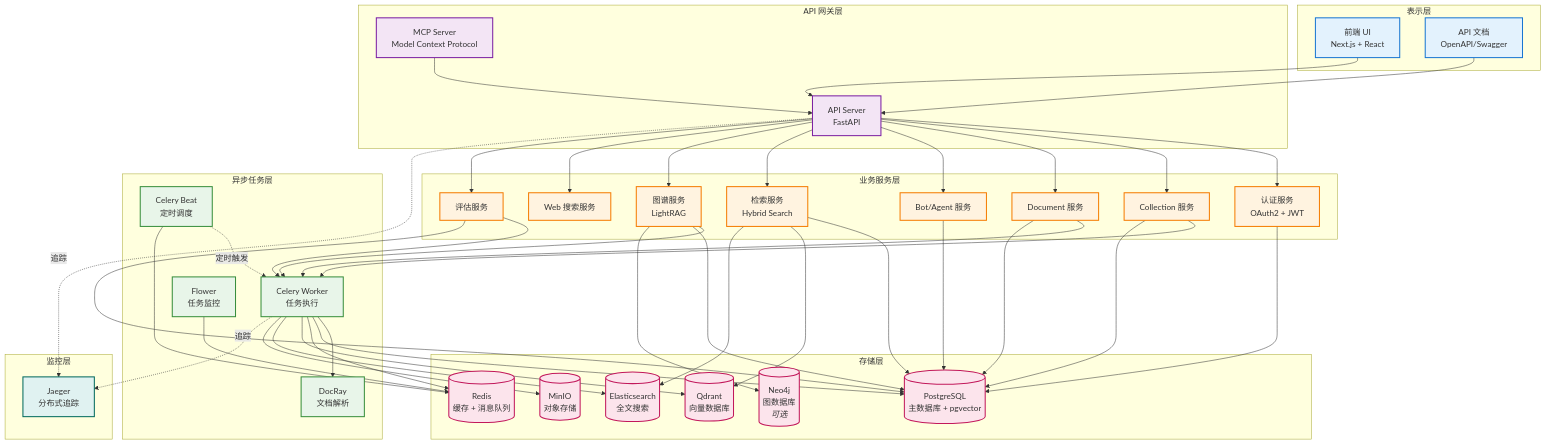
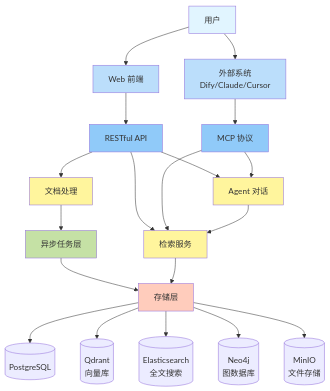
Before and after one commit to ruah0807/ApeRAG: the first of 13 diagrams in docs/zh-CN/design/architecture.md, drawn with Mermaid. The commit also changed other lines of this file and 5 other files, not shown here.

Commit message:
feat: update architecture docs (#1431)

````diff
--- a/docs/zh-CN/design/architecture.md
+++ b/docs/zh-CN/design/architecture.md
@@ -20,101 +31,37 @@
 ```mermaid
 graph TB
-    subgraph "表示层"
-        UI[前端 UI<br/>Next.js + React]
-        API_DOCS[API 文档<br/>OpenAPI/Swagger]
-    end
+    User[用户] --> Frontend[Web 前端]
+    User --> External[外部系统<br/>Dify/Claude/Cursor]
     
-    subgraph "API 网关层"
-        API[API Server<br/>FastAPI]
-        MCP[MCP Server<br/>Model Context Protocol]
-    end
+    Frontend --> API[RESTful API]
+    External --> MCP[MCP 协议]
     
-    subgraph "业务服务层"
-        AUTH[认证服务<br/>OAuth2 + JWT]
-        COLL[Collection 服务]
-        DOC[Document 服务]
-        BOT[Bot/Agent 服务]
-        SEARCH[检索服务<br/>Hybrid Search]
-        GRAPH[图谱服务<br/>LightRAG]
-        WEB[Web 搜索服务]
-        EVAL[评估服务]
-    end
+    API --> DocProcess[文档处理]
+    API --> Search[检索服务]
+    API --> Agent[Agent 对话]
+    MCP --> Search
+    MCP --> Agent
     
-    subgraph "异步任务层"
-        BEAT[Celery Beat<br/>定时调度]
-        WORKER[Celery Worker<br/>任务执行]
-        FLOWER[Flower<br/>任务监控]
-        DOCRAY[DocRay<br/>文档解析]
-    end
+    DocProcess --> Tasks[异步任务层]
+    Tasks --> Storage[存储层]
     
-    subgraph "存储层"
-        PG[(PostgreSQL<br/>主数据库 + pgvector)]
-        REDIS[(Redis<br/>缓存 + 消息队列)]
-        QDRANT[(Qdrant<br/>向量数据库)]
-        ES[(Elasticsearch<br/>全文搜索)]
-        MINIO[(MinIO<br/>对象存储)]
-        NEO4J[(Neo4j<br/>图数据库<br/><i>可选</i>)]
-    end
+    Search --> Storage
+    Agent --> Search
     
-    subgraph "监控层"
-        JAEGER[Jaeger<br/>分布式追踪]
-    end
+    Storage --> PG[(PostgreSQL)]
+    Storage --> Qdrant[(Qdrant<br/>向量库)]
+    Storage --> ES[(Elasticsearch<br/>全文搜索)]
+    Storage --> Neo4j[(Neo4j<br/>图数据库)]
+    Storage --> MinIO[(MinIO<br/>文件存储)]
     
-    UI --> API
-    API_DOCS --> API
-    MCP --> API
-    
-    API --> AUTH
-    API --> COLL
-    API --> DOC
-    API --> BOT
-    API --> SEARCH
-    API --> GRAPH
-    API --> WEB
-    API --> EVAL
-    
-    COLL --> WORKER
-    DOC --> WORKER
-    GRAPH --> WORKER
-    EVAL --> WORKER
-    
-    BEAT -.定时触发.-> WORKER
-    WORKER --> DOCRAY
-    
-    AUTH --> PG
-    COLL --> PG
-    DOC --> PG
-    BOT --> PG
-    SEARCH --> PG
-    SEARCH --> QDRANT
-    SEARCH --> ES
-    GRAPH --> PG
-    GRAPH --> NEO4J
-    EVAL --> PG
-    
-    WORKER --> PG
-    WORKER --> REDIS
-    WORKER --> QDRANT
-    WORKER --> ES
-    WORKER --> MINIO
-    
-    BEAT --> REDIS
-    FLOWER --> REDIS
-    
-    API -.追踪.-> JAEGER
-    WORKER -.追踪.-> JAEGER
-    
-    classDef frontend fill:#e3f2fd,stroke:#1976d2,stroke-width:2px
-    classDef api fill:#f3e5f5,stroke:#7b1fa2,stroke-width:2px
-    classDef service fill:#fff3e0,stroke:#f57c00,stroke-width:2px
-    classDef task fill:#e8f5e9,stroke:#388e3c,stroke-width:2px
-    classDef storage fill:#fce4ec,stroke:#c2185b,stroke-width:2px
-    classDef monitor fill:#e0f2f1,stroke:#00695c,stroke-width:2px
-    
-    class UI,API_DOCS frontend
-    class API,MCP api
-    class AUTH,COLL,DOC,BOT,SEARCH,GRAPH,WEB,EVAL service
-    class BEAT,WORKER,FLOWER,DOCRAY task
-    class PG,REDIS,QDRANT,ES,MINIO,NEO4J storage
-    class JAEGER monitor
+    style User fill:#e1f5ff
+    style Frontend fill:#bbdefb
+    style External fill:#bbdefb
+    style API fill:#90caf9
+    style MCP fill:#90caf9
+    style DocProcess fill:#fff59d
+    style Search fill:#fff59d
+    style Agent fill:#fff59d
+    style Tasks fill:#c5e1a5
+    style Storage fill:#ffccbc
 ```
````
